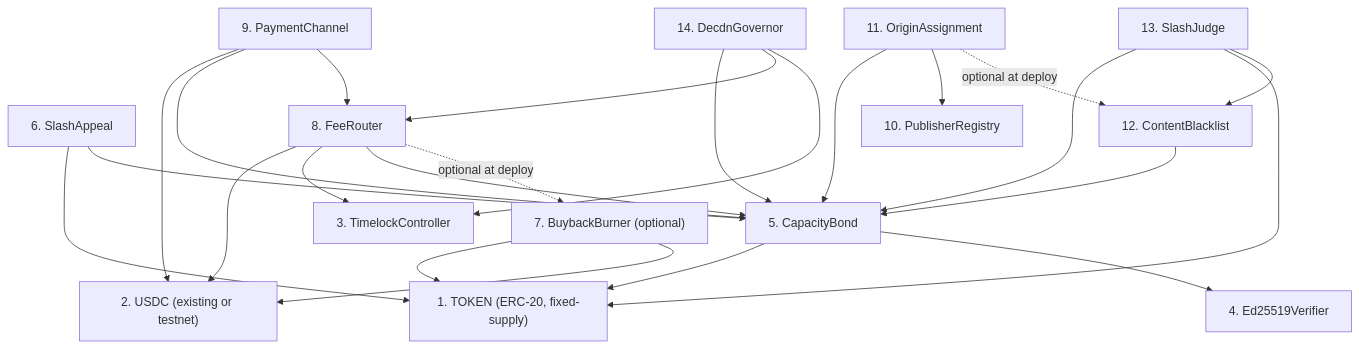
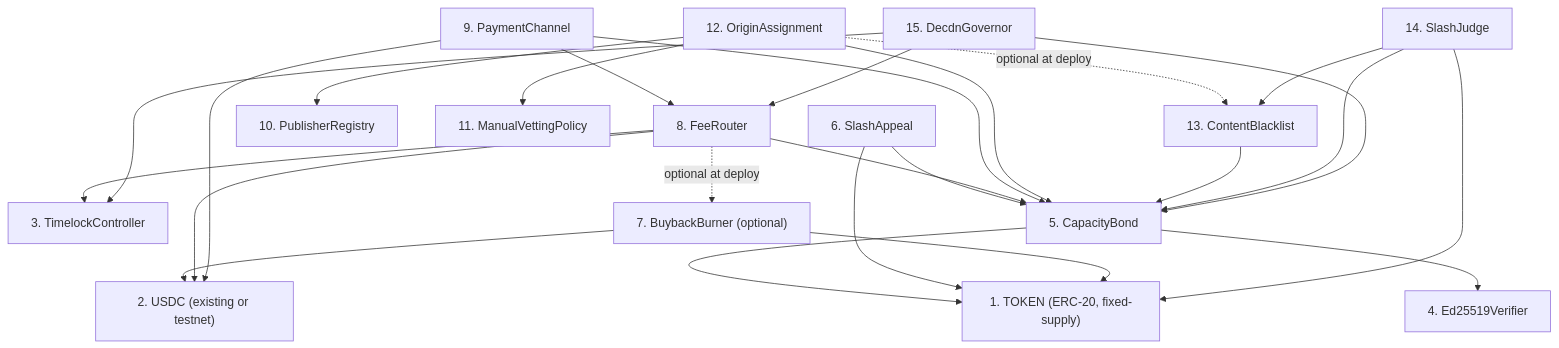
Before and after one commit to decdn/decdn: the second of 5 diagrams in adr/016-contract-interactions.md, drawn with Mermaid. The commit also changed other lines of this file and 33 other files, not shown here.

First line of the commit message:
feat: swappable publisher vetting policy (#1403) (#1580)

````diff
--- a/adr/016-contract-interactions.md
+++ b/adr/016-contract-interactions.md
@@ -255,41 +256,43 @@
 ```mermaid
 graph TD
     TOKEN["1. TOKEN (ERC-20, fixed-supply)"]
     USDC["2. USDC (existing or testnet)"]
     TL["3. TimelockController"]
     ED["4. Ed25519Verifier"]
     CBOND["5. CapacityBond"]
     SA["6. SlashAppeal"]
     BB["7. BuybackBurner (optional)"]
     FR["8. FeeRouter"]
     SPC["9. PaymentChannel"]
     PR["10. PublisherRegistry"]
-    OA["11. OriginAssignment"]
-    CB["12. ContentBlacklist"]
-    SJ["13. SlashJudge"]
-    GOV["14. DecdnGovernor"]
+    MVP["11. ManualVettingPolicy"]
+    OA["12. OriginAssignment"]
+    CB["13. ContentBlacklist"]
+    SJ["14. SlashJudge"]
+    GOV["15. DecdnGovernor"]
 
     CBOND --> TOKEN
     CBOND --> ED
     SA --> TOKEN
     SA --> CBOND
     BB --> TOKEN
     BB --> USDC
     FR --> USDC
     FR --> TL
     FR --> CBOND
     FR -.->|"optional at deploy"| BB
     SPC --> USDC
     SPC --> CBOND
     SPC --> FR
     OA --> CBOND
     OA --> PR
     OA -.->|"optional at deploy"| CB
+    OA --> MVP
     CB --> CBOND
     SJ --> CBOND
     SJ --> TOKEN
     SJ --> CB
     GOV --> CBOND
     GOV --> FR
     GOV --> TL
 ```
````
